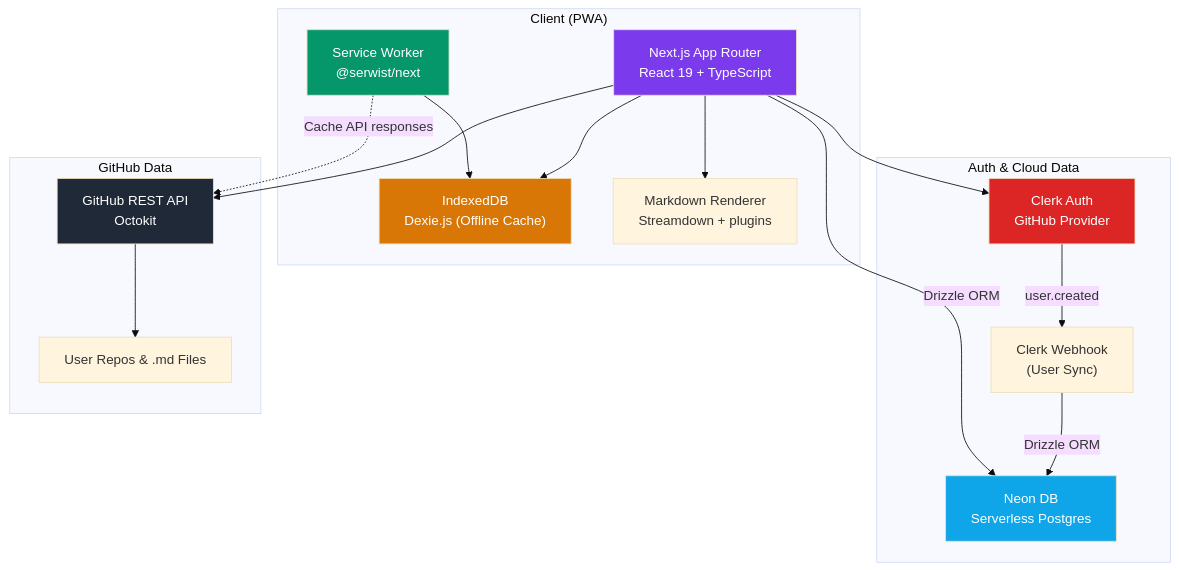
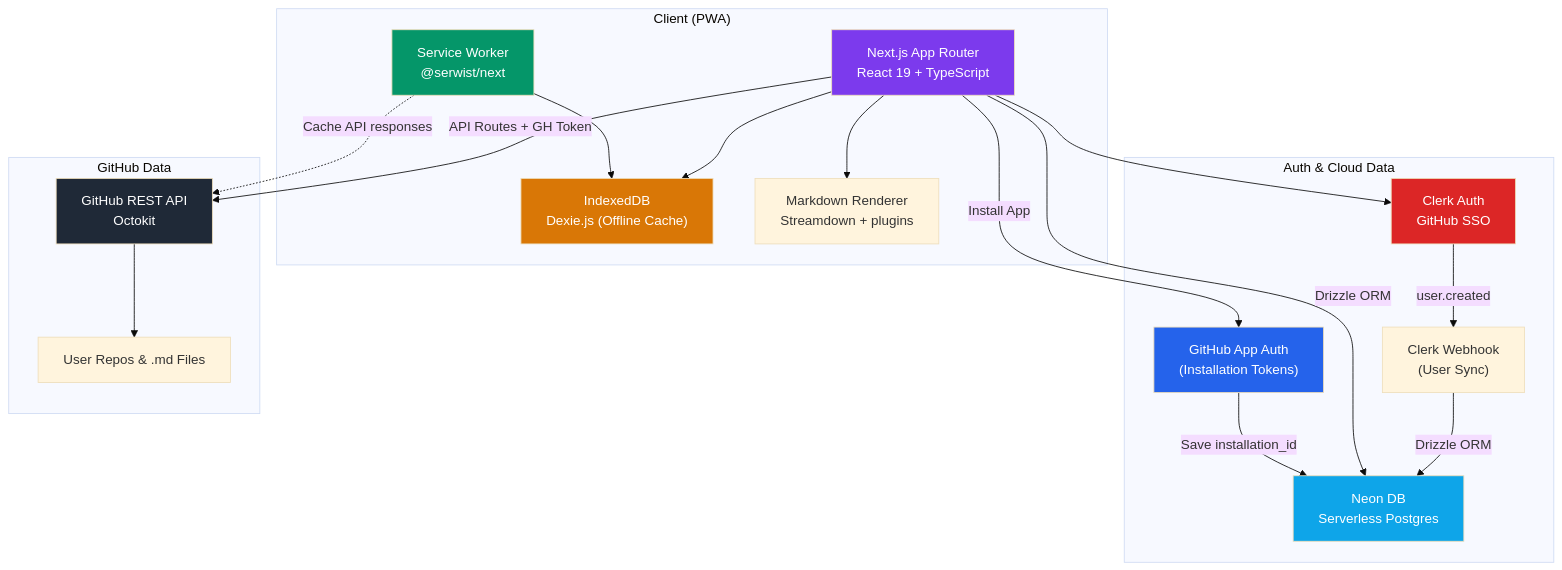
One commit to Utkarshchaudhary009/inkdown changed the diagram in implementation_plan.md. Above: the diagram before and after it, drawn with Mermaid (base theme). The commit also changed other lines of this file and 55 other files, not shown here.

First line of the commit message:
Add GitHub App integration and Library Dashboard updates (#11)

````diff
--- a/implementation_plan.md
+++ b/implementation_plan.md
@@ -25,38 +28,42 @@
 ```mermaid
 graph TB
     subgraph "Client (PWA)"
         UI["Next.js App Router<br/>React 19 + TypeScript"]
         SW["Service Worker<br/>@serwist/next"]
         IDB["IndexedDB<br/>Dexie.js (Offline Cache)"]
         MD["Markdown Renderer<br/>Streamdown + plugins"]
     end
 
     subgraph "Auth & Cloud Data"
-        CLERK["Clerk Auth<br/>GitHub Provider"]
+        CLERK["Clerk Auth<br/>GitHub SSO"]
         NEON["Neon DB<br/>Serverless Postgres"]
         WEBHOOK["Clerk Webhook<br/>(User Sync)"]
+        GH_APP["GitHub App Auth<br/>(Installation Tokens)"]
     end
 
     subgraph "GitHub Data"
         GH_API["GitHub REST API<br/>Octokit"]
         GH_REPOS["User Repos & .md Files"]
     end
 
     UI --> CLERK
     CLERK -->|user.created| WEBHOOK
     WEBHOOK -->|Drizzle ORM| NEON
     UI -->|Drizzle ORM| NEON
-    UI --> GH_API
+    UI -->|Install App| GH_APP
+    GH_APP -->|Save installation_id| NEON
+    UI -->|API Routes + GH Token| GH_API
     GH_API --> GH_REPOS
     UI --> MD
     UI --> IDB
     SW --> IDB
     SW -.->|"Cache API responses"| GH_API
 
     style UI fill:#7c3aed,color:#fff
     style SW fill:#059669,color:#fff
     style IDB fill:#d97706,color:#fff
     style CLERK fill:#dc2626,color:#fff
     style NEON fill:#0ea5e9,color:#fff
     style GH_API fill:#1f2937,color:#fff
+    style GH_APP fill:#2563eb,color:#fff
 ```
````
